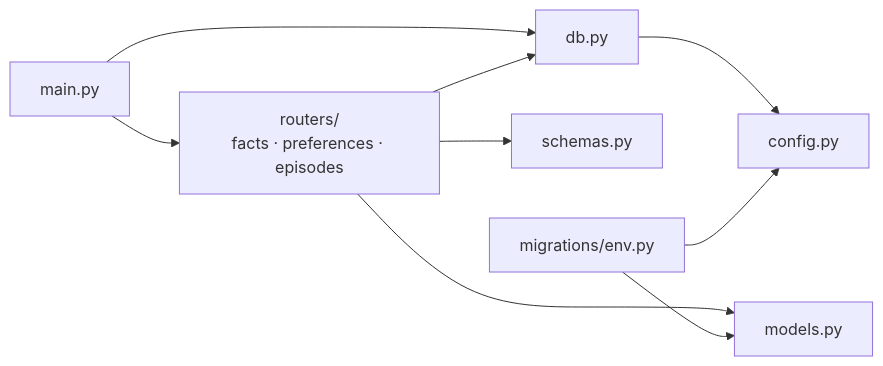
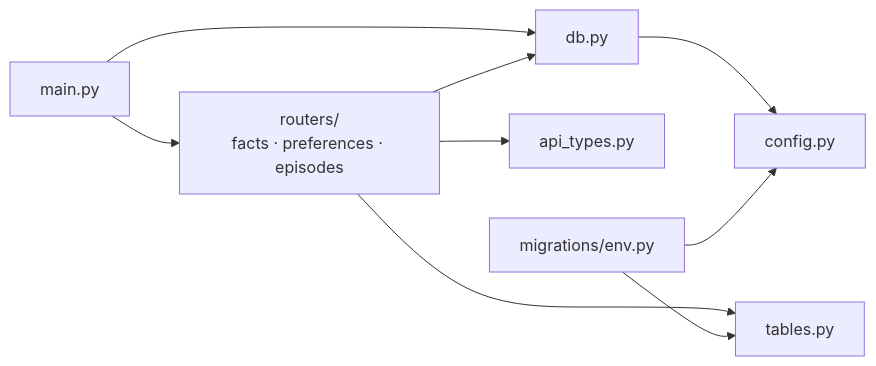
Before and after one commit to ZiadHendawy/mutable: the eighth of 22 diagrams in docs/design.md, drawn with Mermaid. The commit also changed other lines of this file and 6 other files, not shown here.

First line of the commit message:
Rename schemas.py to api_types.py and models.py to tables.py

````diff
--- a/docs/design.md
+++ b/docs/design.md
@@ -576,11 +576,11 @@
 ```mermaid
 flowchart LR
     main["main.py"] --> routers["routers/<br/>facts · preferences · episodes"]
     main --> dbmod["db.py"]
     routers --> dbmod
-    routers --> models["models.py"]
-    routers --> schemas["schemas.py"]
+    routers --> tables["tables.py"]
+    routers --> apitypes["api_types.py"]
     dbmod --> config["config.py"]
     env["migrations/env.py"] --> config
-    env --> models
+    env --> tables
 ```
````
